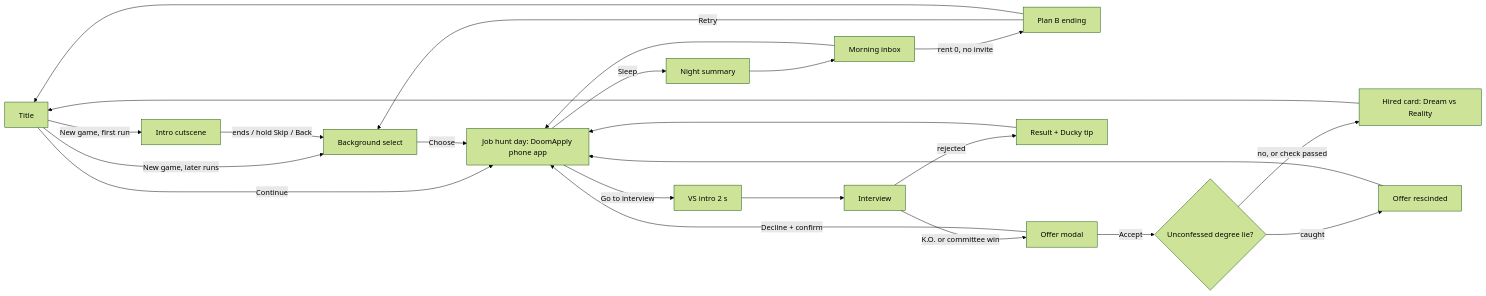
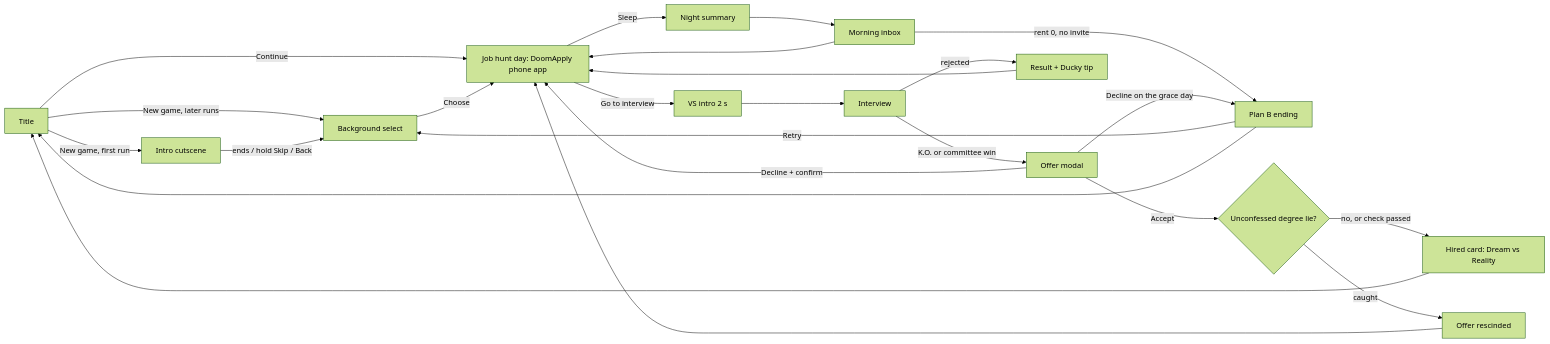
One commit to Lecoeurdelest/swe-simulator changed the diagram in docs/GDD.md. Above: the diagram before and after it, drawn with Mermaid (forest theme). The commit also changed 15 other files, not shown here.

````diff
--- a/docs/GDD.md
+++ b/docs/GDD.md
@@ -365,20 +365,21 @@
 ```mermaid
 flowchart LR
   T[Title] -->|New game, first run| I[Intro cutscene]
   T -->|New game, later runs| B[Background select]
   T -->|Continue| H
   I -->|ends / hold Skip / Back| B
   B -->|Choose| H[Job hunt day: DoomApply phone app]
   H -->|Sleep| N[Night summary] --> M[Morning inbox] --> H
   M -->|rent 0, no invite| P[Plan B ending]
   H -->|Go to interview| V[VS intro 2 s] --> IV[Interview]
   IV -->|K.O. or committee win| O[Offer modal]
   IV -->|rejected| R[Result + Ducky tip] --> H
   O -->|Accept| BC{Unconfessed degree lie?}
   BC -->|no, or check passed| W[Hired card: Dream vs Reality]
   BC -->|caught| RS[Offer rescinded] --> H
   O -->|Decline + confirm| H
+  O -->|Decline on the grace day| P
   W --> T
   P -->|Retry| B
   P --> T
 ```
````
